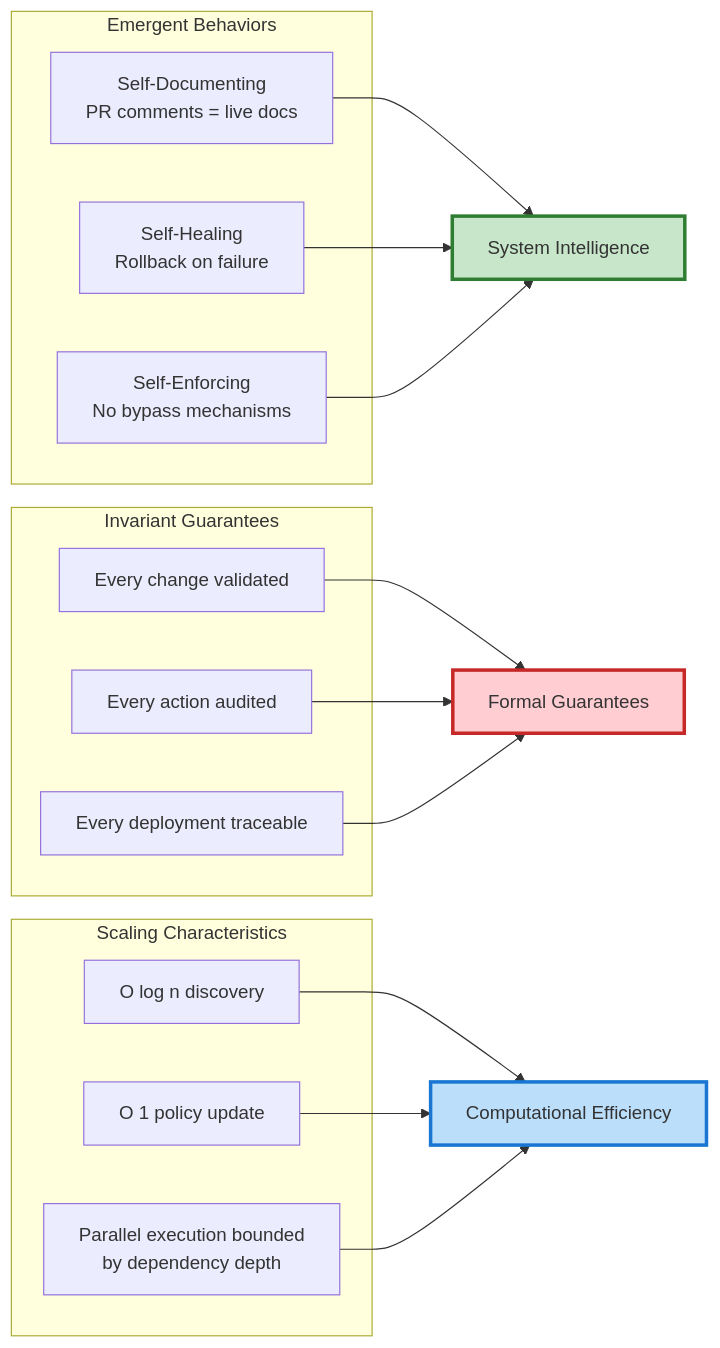
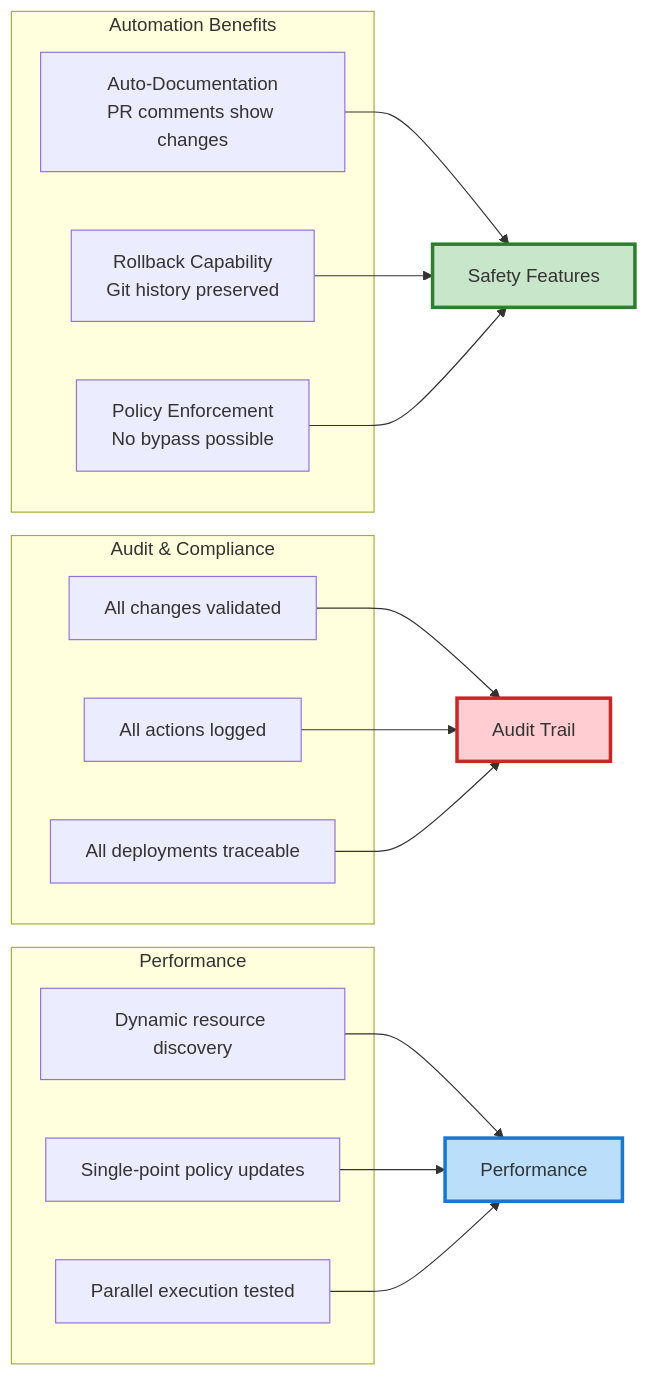
One commit to Terraform-centilazed-pipline/centerlized-pipline- changed the third of 24 diagrams in EXECUTIVE-WORKFLOW-OVERVIEW.md. Above: the diagram before and after it, drawn with Mermaid. The commit also changed other lines of this file, not shown here.

````diff
--- a/EXECUTIVE-WORKFLOW-OVERVIEW.md
+++ b/EXECUTIVE-WORKFLOW-OVERVIEW.md
@@ -136,28 +134,28 @@
 ```mermaid
 graph LR
-    subgraph "Emergent Behaviors"
-        E1[Self-Documenting<br/>PR comments = live docs]
-        E2[Self-Healing<br/>Rollback on failure]
-        E3[Self-Enforcing<br/>No bypass mechanisms]
+    subgraph "Automation Benefits"
+        E1[Auto-Documentation<br/>PR comments show changes]
+        E2[Rollback Capability<br/>Git history preserved]
+        E3[Policy Enforcement<br/>No bypass possible]
     end
     
-    subgraph "Invariant Guarantees"
-        I1[Every change validated]
-        I2[Every action audited]
-        I3[Every deployment traceable]
+    subgraph "Audit & Compliance"
+        I1[All changes validated]
+        I2[All actions logged]
+        I3[All deployments traceable]
     end
     
-    subgraph "Scaling Characteristics"
-        S1[O log n discovery]
-        S2[O 1 policy update]
-        S3[Parallel execution bounded<br/>by dependency depth]
+    subgraph "Performance"
+        S1[Dynamic resource discovery]
+        S2[Single-point policy updates]
+        S3[Parallel execution tested]
     end
     
-    E1 & E2 & E3 --> EMERGENT[System Intelligence]
-    I1 & I2 & I3 --> INVARIANT[Formal Guarantees]
-    S1 & S2 & S3 --> SCALE[Computational Efficiency]
+    E1 & E2 & E3 --> SAFE[Safety Features]
+    I1 & I2 & I3 --> AUDIT[Audit Trail]
+    S1 & S2 & S3 --> PERF[Performance]
     
-    style EMERGENT fill:#c8e6c9,stroke:#2e7d32,stroke-width:3px
-    style INVARIANT fill:#ffcdd2,stroke:#c62828,stroke-width:3px
-    style SCALE fill:#bbdefb,stroke:#1976d2,stroke-width:3px
+    style SAFE fill:#c8e6c9,stroke:#2e7d32,stroke-width:3px
+    style AUDIT fill:#ffcdd2,stroke:#c62828,stroke-width:3px
+    style PERF fill:#bbdefb,stroke:#1976d2,stroke-width:3px
 ```
````
